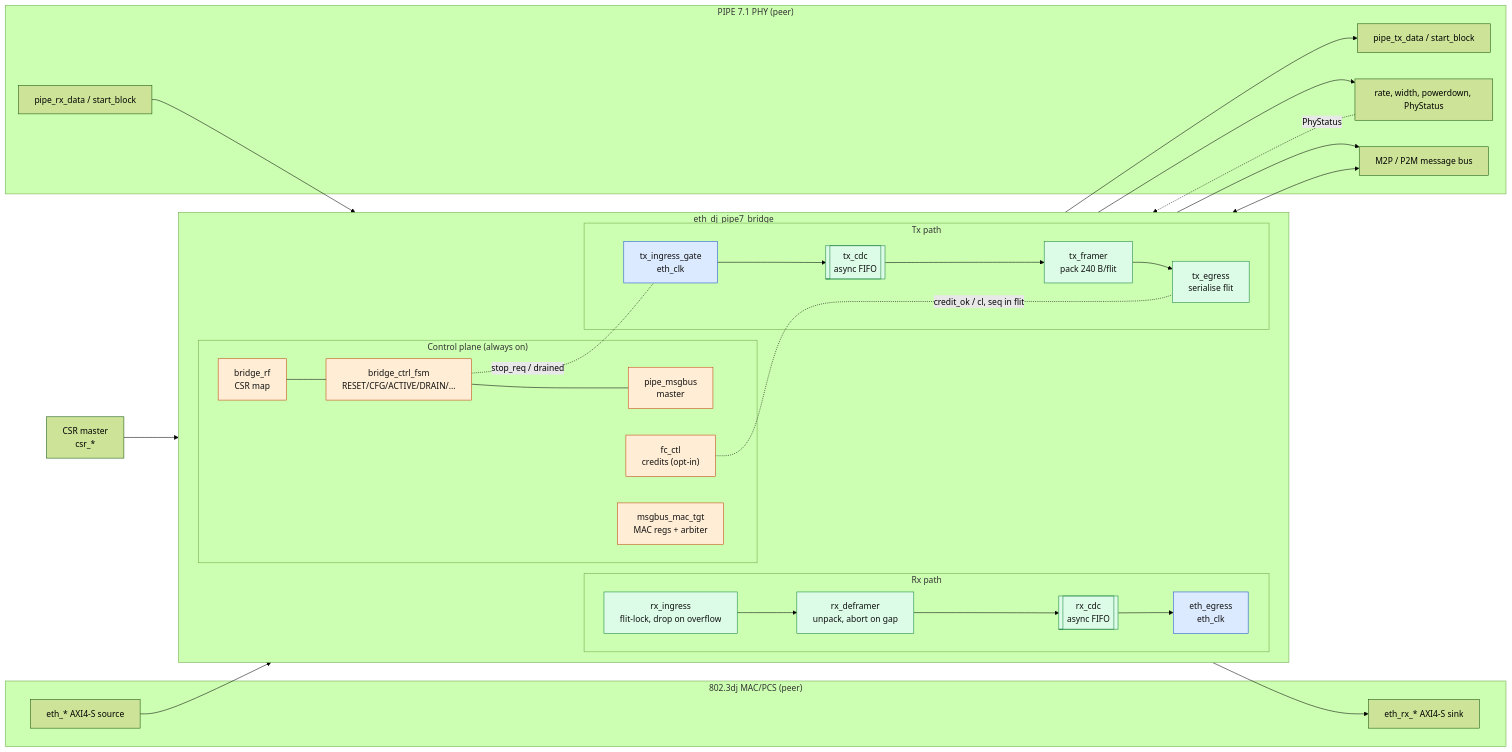
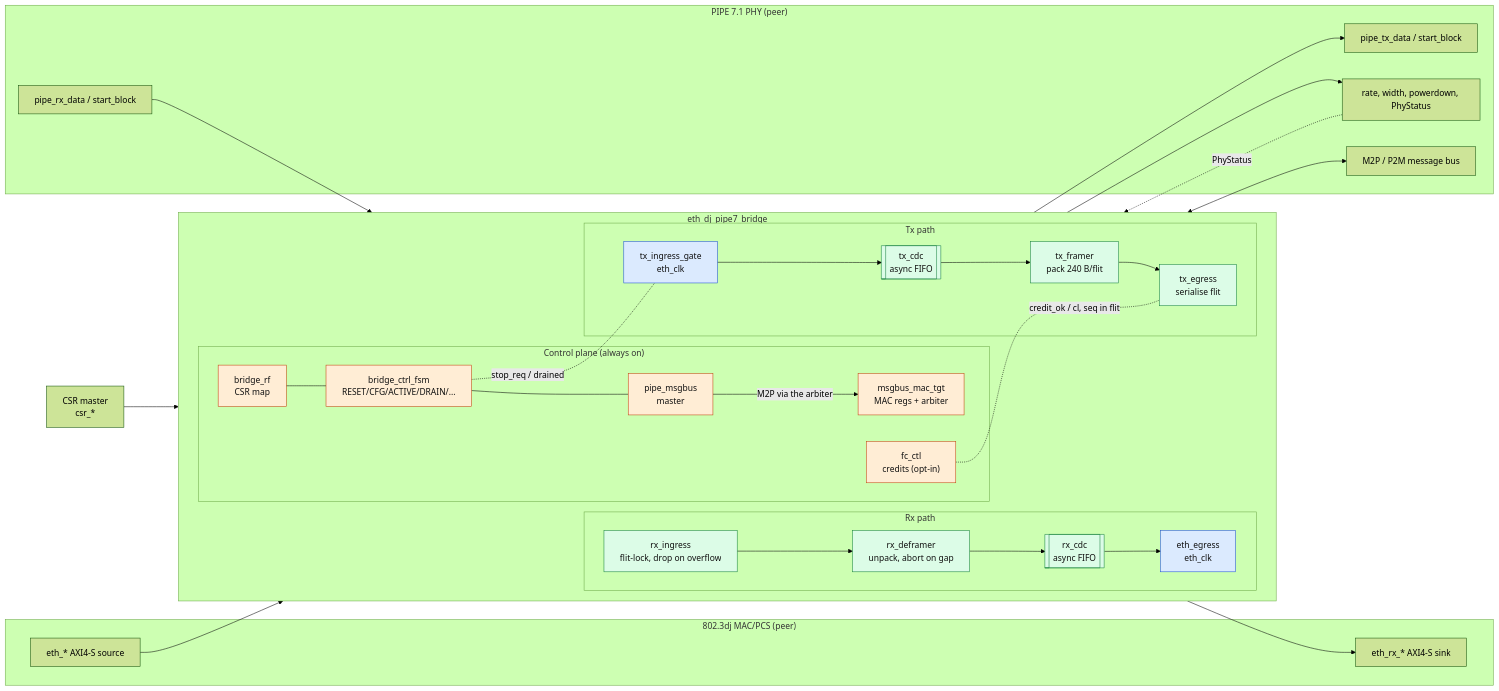
The first of 3 diagrams in README.md (markrthomas/eth-dj-to-pcie-pipe-bridge), drawn with Mermaid (forest theme) before and after one commit. The commit also changed other lines of this file and 5 other files, not shown here.

````diff
--- a/README.md
+++ b/README.md
@@ -40,49 +40,49 @@
 ```mermaid
 flowchart LR
   subgraph ETH["802.3dj MAC/PCS (peer)"]
     MACtx["eth_* AXI4-S source"]
     MACrx["eth_rx_* AXI4-S sink"]
   end
 
   subgraph BR["eth_dj_pipe7_bridge"]
     direction LR
     subgraph TX["Tx path"]
       GATE["tx_ingress_gate<br/>eth_clk"] --> TCDC[["tx_cdc<br/>async FIFO"]] --> FRM["tx_framer<br/>pack 240 B/flit"] --> TEG["tx_egress<br/>serialise flit"]
     end
     subgraph RX["Rx path"]
       RIN["rx_ingress<br/>flit-lock, drop on overflow"] --> DFR["rx_deframer<br/>unpack, abort on gap"] --> RCDC[["rx_cdc<br/>async FIFO"]] --> EEG["eth_egress<br/>eth_clk"]
     end
     subgraph CP["Control plane (always on)"]
       CSR["bridge_rf<br/>CSR map"] --- FSM["bridge_ctrl_fsm<br/>RESET/CFG/ACTIVE/DRAIN/..."]
       FSM --- MBM["pipe_msgbus<br/>master"]
       MBT["msgbus_mac_tgt<br/>MAC regs + arbiter"]
       FC["fc_ctl<br/>credits (opt-in)"]
     end
   end
 
   subgraph PHY["PIPE 7.1 PHY (peer)"]
     PTX["pipe_tx_data / start_block"]
     PRX["pipe_rx_data / start_block"]
     PPIN["rate, width, powerdown, PhyStatus"]
     PMB["M2P / P2M message bus"]
   end
 
   CPU["CSR master<br/>csr_*"] --> CSR
   MACtx --> GATE
   EEG --> MACrx
   TEG --> PTX
   PRX --> RIN
   FSM --> PPIN
   PPIN -. PhyStatus .-> FSM
-  MBM --> PMB
-  PMB <--> MBT
+  MBM -- "M2P via the arbiter" --> MBT
+  MBT <--> PMB
   FSM -. "stop_req / drained" .- GATE
   FC -. "credit_ok / cl, seq in flit" .- TEG
 
   classDef eth fill:#dbeafe,stroke:#1d4ed8,color:#111;
   classDef pc fill:#dcfce7,stroke:#15803d,color:#111;
   classDef ctl fill:#ffedd5,stroke:#c2410c,color:#111;
   class GATE,EEG eth
   class TCDC,RCDC,FRM,TEG,RIN,DFR pc
   class CSR,FSM,MBM,MBT,FC ctl
 ```
````
